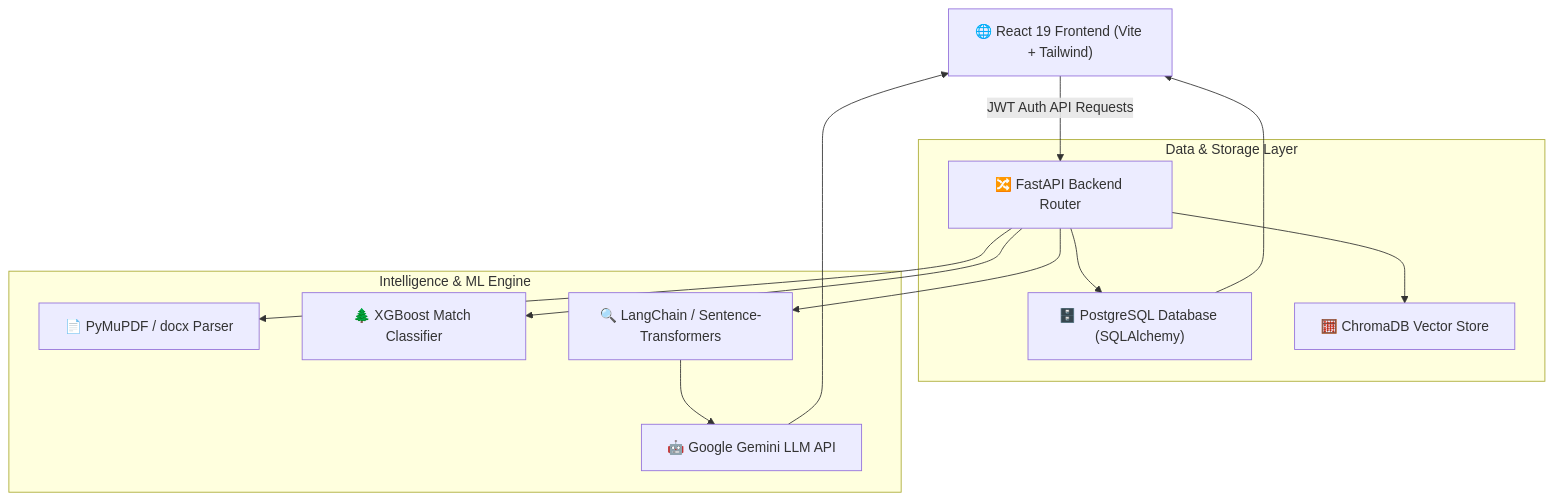
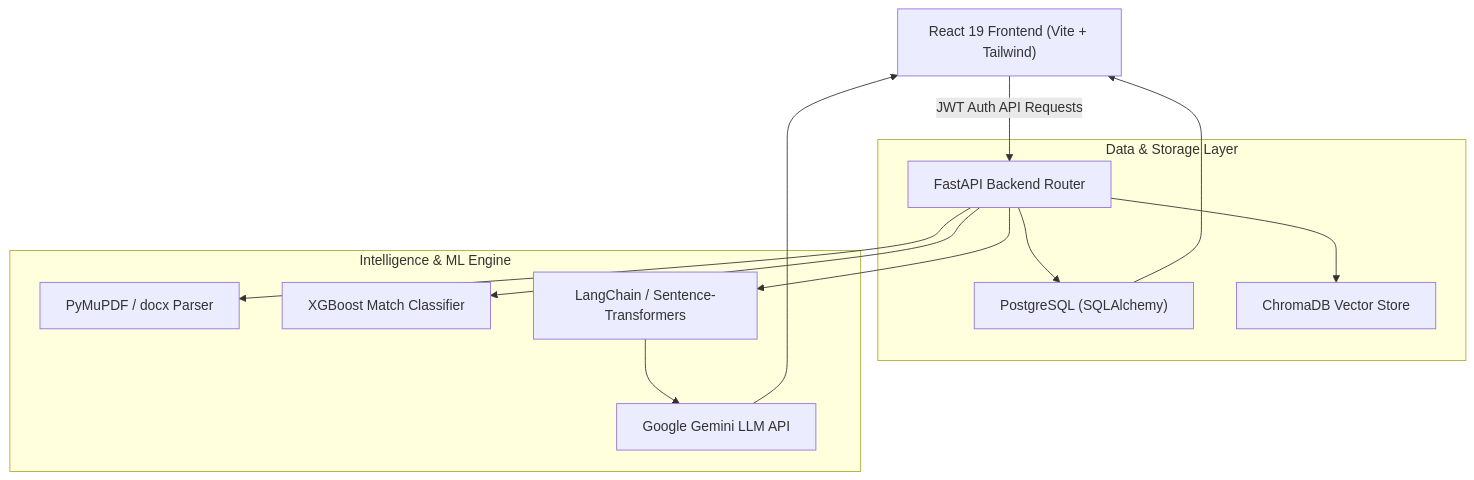
The first of 5 diagrams in README.md (mansi-wagh/RecruitIQ), drawn with Mermaid before and after one commit. The commit also changed other lines of this file, not shown here.

````diff
--- a/README.md
+++ b/README.md
@@ -111,19 +119,19 @@
 ```mermaid
 graph TD
-    UI["🌐 React 19 Frontend (Vite + Tailwind)"] -->|JWT Auth API Requests| API["🔀 FastAPI Backend Router"]
+    UI["React 19 Frontend (Vite + Tailwind)"] -->|JWT Auth API Requests| API["FastAPI Backend Router"]
     
     subgraph Data & Storage Layer
-        API --> DB["🗄️ PostgreSQL Database (SQLAlchemy)"]
-        API --> VEC["🧮 ChromaDB Vector Store"]
+        API --> DB["PostgreSQL (SQLAlchemy)"]
+        API --> VEC["ChromaDB Vector Store"]
     end
     
     subgraph Intelligence & ML Engine
-        API --> PARSER["📄 PyMuPDF / docx Parser"]
-        API --> XGB["🌲 XGBoost Match Classifier"]
-        API --> RAG["🔍 LangChain / Sentence-Transformers"]
-        RAG --> GEMINI["🤖 Google Gemini LLM API"]
+        API --> PARSER["PyMuPDF / docx Parser"]
+        API --> XGB["XGBoost Match Classifier"]
+        API --> RAG["LangChain / Sentence-Transformers"]
+        RAG --> GEMINI["Google Gemini LLM API"]
     end
     
     DB --> UI
     GEMINI --> UI
 ```
````
